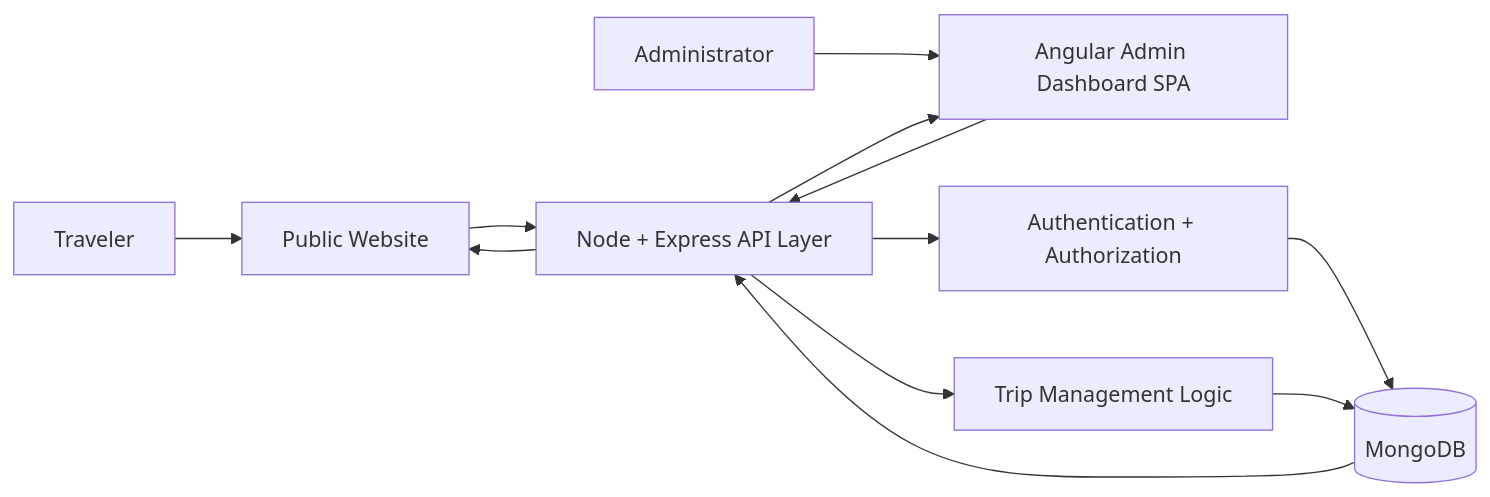
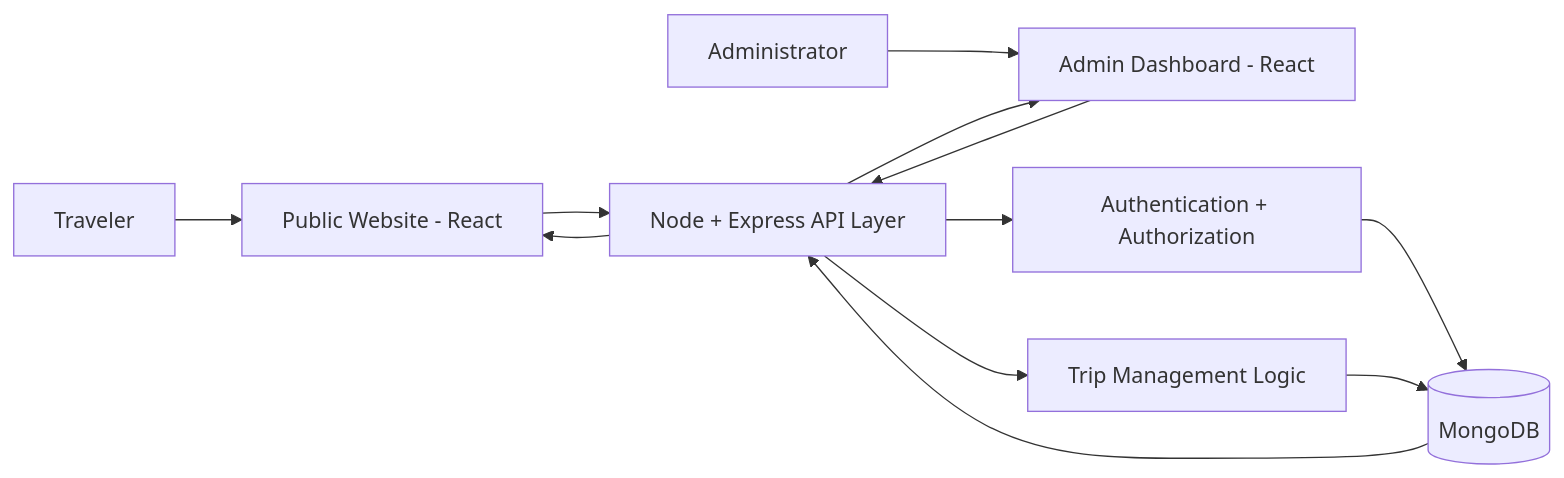
The first of 2 diagrams in CS465/travlr/README.md (m-t7/Portfolio), drawn with Mermaid before and after one commit. The commit also changed other lines of this file, not shown here.

````diff
--- a/CS465/travlr/README.md
+++ b/CS465/travlr/README.md
@@ -9,18 +8,18 @@
 ```mermaid
 flowchart LR
-    U[Traveler] --> W[Public Website]
-    A[Administrator] --> D[Angular Admin Dashboard SPA]
+    U[Traveler] --> W[Public Website - React]
+    A[Administrator] --> D[Admin Dashboard - React]
 
     W --> API[Node + Express API Layer]
     D --> API
 
     API --> Auth[Authentication + Authorization]
     API --> Trips[Trip Management Logic]
 
     Auth --> DB[(MongoDB)]
     Trips --> DB
 
     DB --> API
     API --> W
     API --> D
 ```
````
